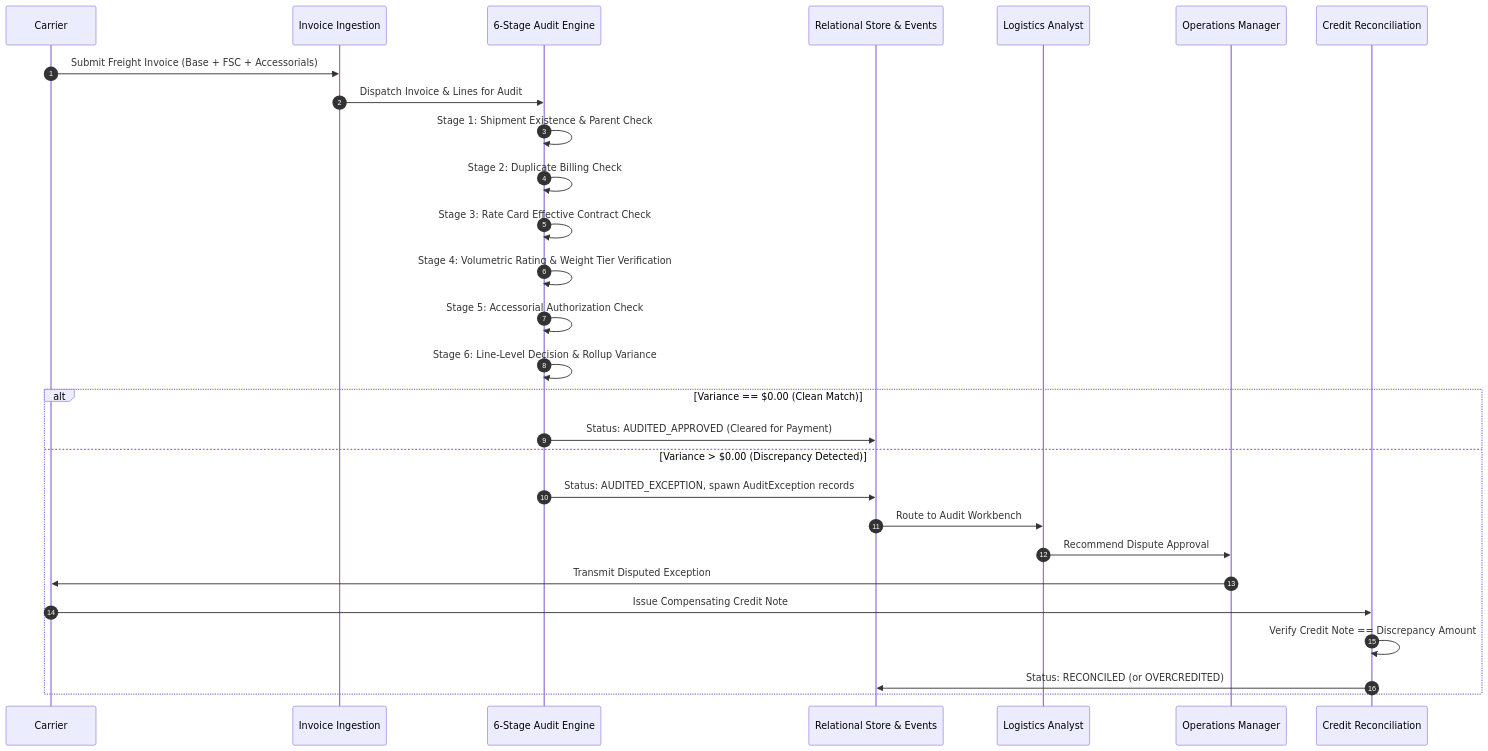
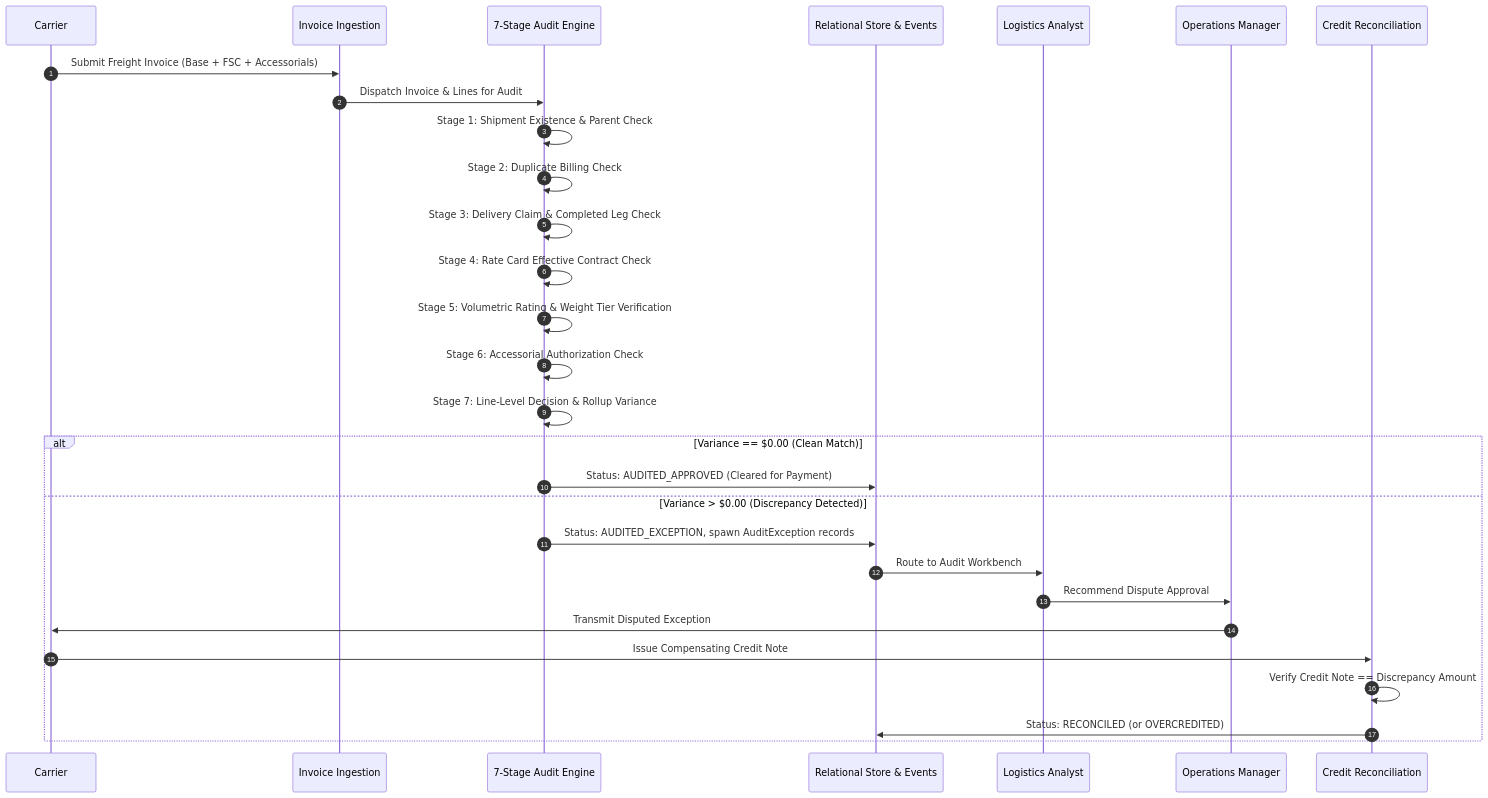
Before and after one commit to praneethrangala555-glitch/freight-invoice-audit: the second of 2 diagrams in docs/ARCHITECTURE.md, drawn with Mermaid. The commit also changed other lines of this file and 36 other files, not shown here.

````diff
--- a/docs/ARCHITECTURE.md
+++ b/docs/ARCHITECTURE.md
@@ -43,32 +55,33 @@
 ```mermaid
 sequenceDiagram
     autonumber
     participant Carrier
     participant Ingestion as Invoice Ingestion
-    participant Rules as 6-Stage Audit Engine
+    participant Rules as 7-Stage Audit Engine
     participant DB as Relational Store & Events
     participant Analyst as Logistics Analyst
     participant Ops as Operations Manager
     participant Recon as Credit Reconciliation
 
     Carrier->>Ingestion: Submit Freight Invoice (Base + FSC + Accessorials)
     Ingestion->>Rules: Dispatch Invoice & Lines for Audit
     Rules->>Rules: Stage 1: Shipment Existence & Parent Check
     Rules->>Rules: Stage 2: Duplicate Billing Check
-    Rules->>Rules: Stage 3: Rate Card Effective Contract Check
-    Rules->>Rules: Stage 4: Volumetric Rating & Weight Tier Verification
-    Rules->>Rules: Stage 5: Accessorial Authorization Check
-    Rules->>Rules: Stage 6: Line-Level Decision & Rollup Variance
-    
+    Rules->>Rules: Stage 3: Delivery Claim & Completed Leg Check
+    Rules->>Rules: Stage 4: Rate Card Effective Contract Check
+    Rules->>Rules: Stage 5: Volumetric Rating & Weight Tier Verification
+    Rules->>Rules: Stage 6: Accessorial Authorization Check
+    Rules->>Rules: Stage 7: Line-Level Decision & Rollup Variance
+
     alt Variance == $0.00 (Clean Match)
         Rules->>DB: Status: AUDITED_APPROVED (Cleared for Payment)
     else Variance > $0.00 (Discrepancy Detected)
         Rules->>DB: Status: AUDITED_EXCEPTION, spawn AuditException records
         DB->>Analyst: Route to Audit Workbench
         Analyst->>Ops: Recommend Dispute Approval
         Ops->>Carrier: Transmit Disputed Exception
         Carrier->>Recon: Issue Compensating Credit Note
         Recon->>Recon: Verify Credit Note == Discrepancy Amount
         Recon->>DB: Status: RECONCILED (or OVERCREDITED)
     end
 ```
````
